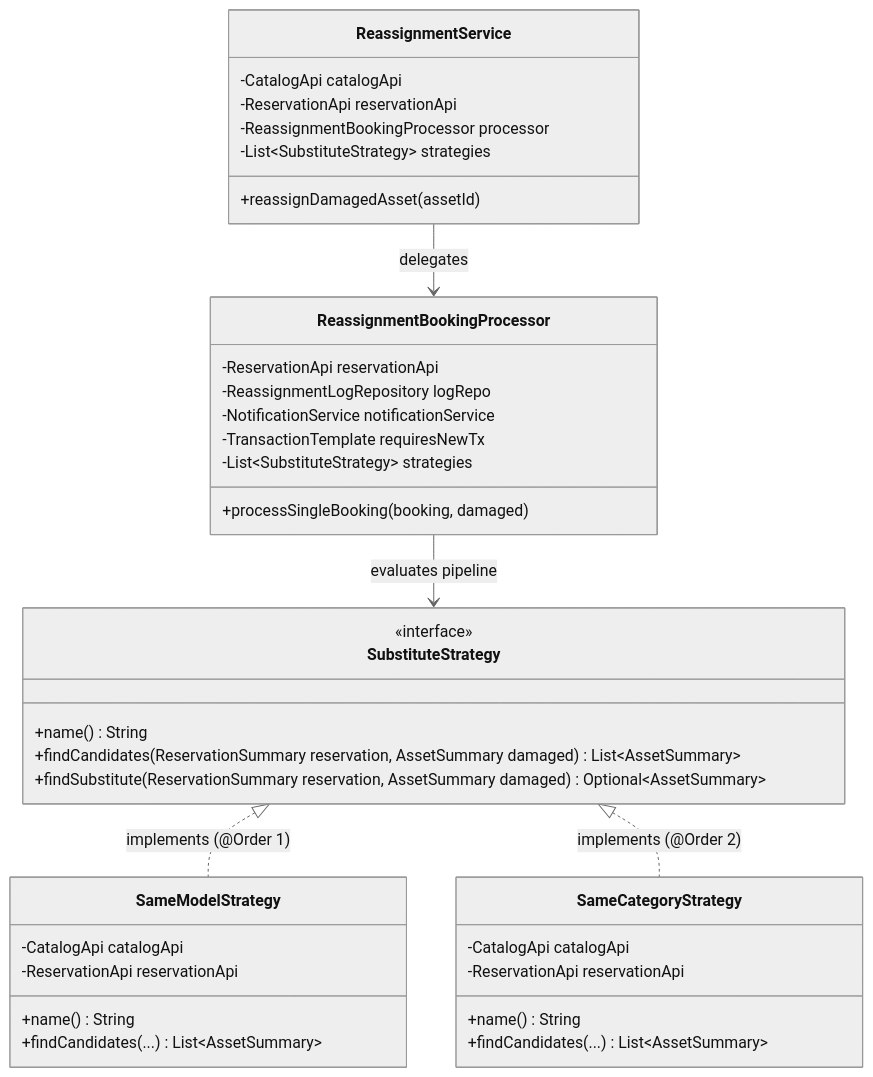
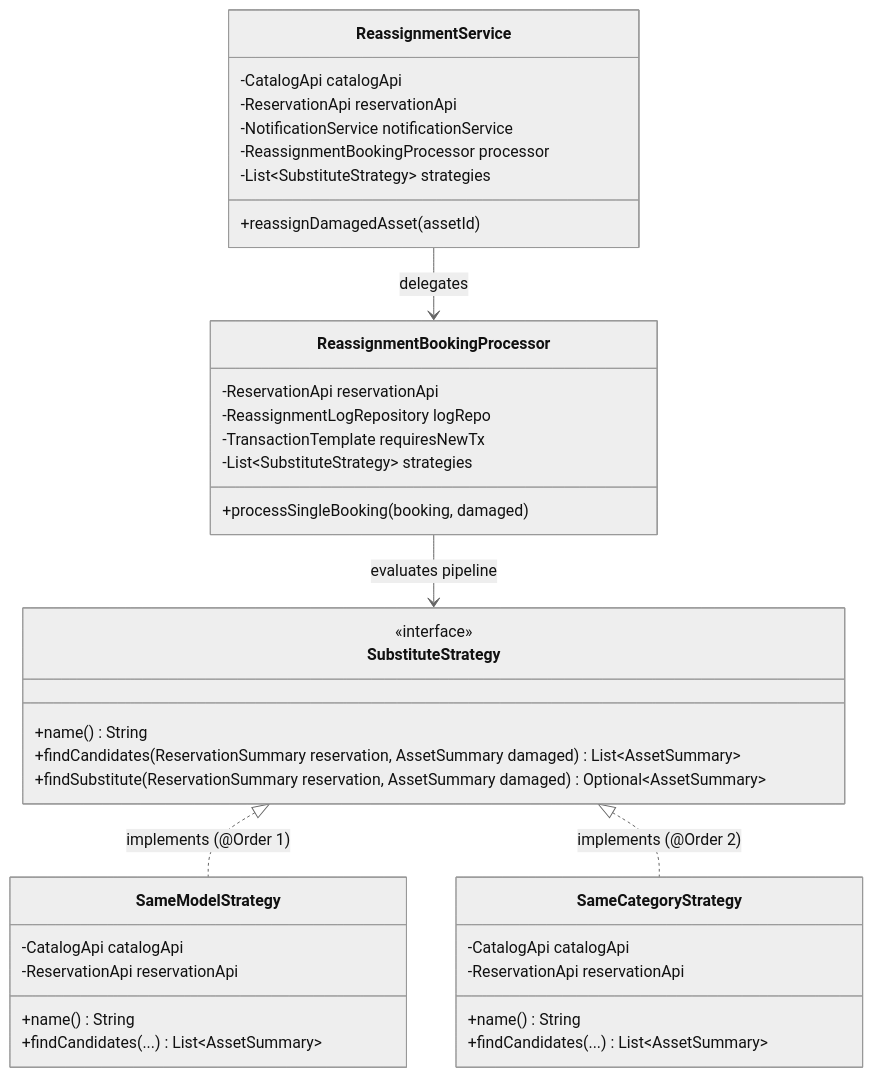
One commit to FundamenteleInginerieiSoftware/campus-hub changed the first of 2 diagrams in docs/patterns/strategy-pattern.md. Above: the diagram before and after it, drawn with Mermaid (neutral theme). The commit also changed other lines of this file, not shown here.

Commit message:
docs(patterns): fix class diagram dependencies and align code snippet with exact enum and notification API

````diff
--- a/docs/patterns/strategy-pattern.md
+++ b/docs/patterns/strategy-pattern.md
@@ -40,45 +40,45 @@
 ```mermaid
 classDiagram
     class SubstituteStrategy {
         <<interface>>
         +name() String
         +findCandidates(ReservationSummary reservation, AssetSummary damaged) List~AssetSummary~
         +findSubstitute(ReservationSummary reservation, AssetSummary damaged) Optional~AssetSummary~
     }
 
     class SameModelStrategy {
         -CatalogApi catalogApi
         -ReservationApi reservationApi
         +name() String
         +findCandidates(...) List~AssetSummary~
     }
 
     class SameCategoryStrategy {
         -CatalogApi catalogApi
         -ReservationApi reservationApi
         +name() String
         +findCandidates(...) List~AssetSummary~
     }
 
     class ReassignmentService {
         -CatalogApi catalogApi
         -ReservationApi reservationApi
+        -NotificationService notificationService
         -ReassignmentBookingProcessor processor
         -List~SubstituteStrategy~ strategies
         +reassignDamagedAsset(assetId)
     }
 
     class ReassignmentBookingProcessor {
         -ReservationApi reservationApi
         -ReassignmentLogRepository logRepo
-        -NotificationService notificationService
         -TransactionTemplate requiresNewTx
         -List~SubstituteStrategy~ strategies
         +processSingleBooking(booking, damaged)
     }
 
     SubstituteStrategy <|.. SameModelStrategy : implements (@Order 1)
     SubstituteStrategy <|.. SameCategoryStrategy : implements (@Order 2)
     ReassignmentService --> ReassignmentBookingProcessor : delegates
     ReassignmentBookingProcessor --> SubstituteStrategy : evaluates pipeline
 ```
````
